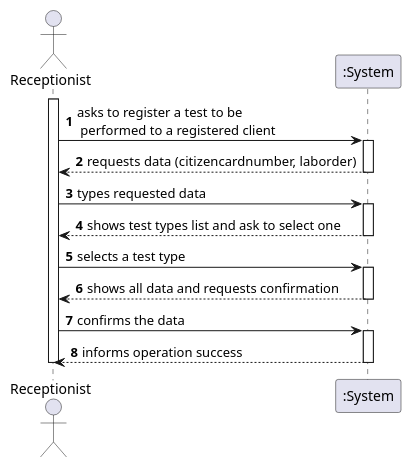
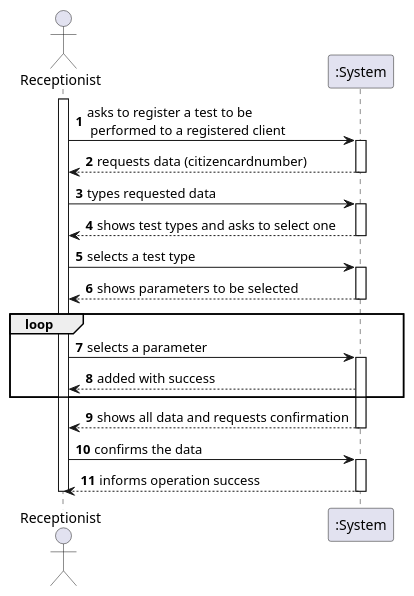
Before and after one commit to manu-07-ela/LAPR2_ISEP: the diagram in docs/SprintC/US04/US04_SSD.puml, drawn with PlantUML. The commit also changed 2 other files, not shown here.

```diff
--- a/docs/SprintC/US04/US04_SSD.puml
+++ b/docs/SprintC/US04/US04_SSD.puml
@@ -1,28 +1,38 @@
 @startuml
 autonumber
 actor "Receptionist" as REP
 
 activate REP
 REP -> ":System" : asks to register a test to be \n performed to a registered client
 activate ":System"
-":System" --> REP : requests data (citizencardnumber, laborder)
+":System" --> REP : requests data (citizencardnumber)
 deactivate ":System"
 
 REP -> ":System" : types requested data
 activate ":System"
-":System" --> REP : shows test types list and ask to select one
+":System" --> REP : shows test types and asks to select one
 deactivate ":System"
 
 REP -> ":System" : selects a test type
 activate ":System"
+
+":System" --> REP : shows parameters to be selected
+deactivate ":System"
+
+loop
+REP -> ":System" : selects a parameter
+activate ":System"
+":System" --> REP : added with success
+end
+
 ":System" --> REP : shows all data and requests confirmation
 deactivate ":System"
 
 REP -> ":System" : confirms the data
 activate ":System"
 ":System" --> REP : informs operation success
 deactivate ":System"
 
 deactivate REP
 
 @enduml
```
